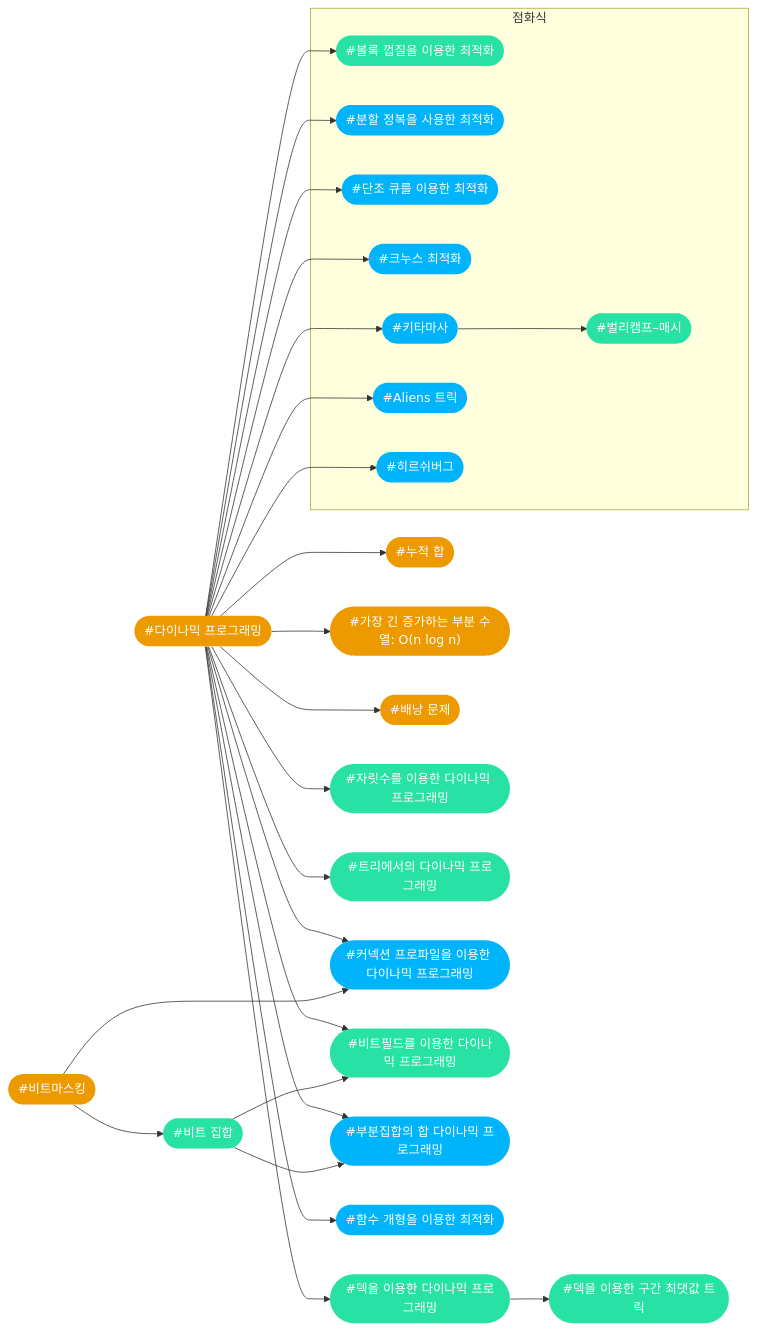
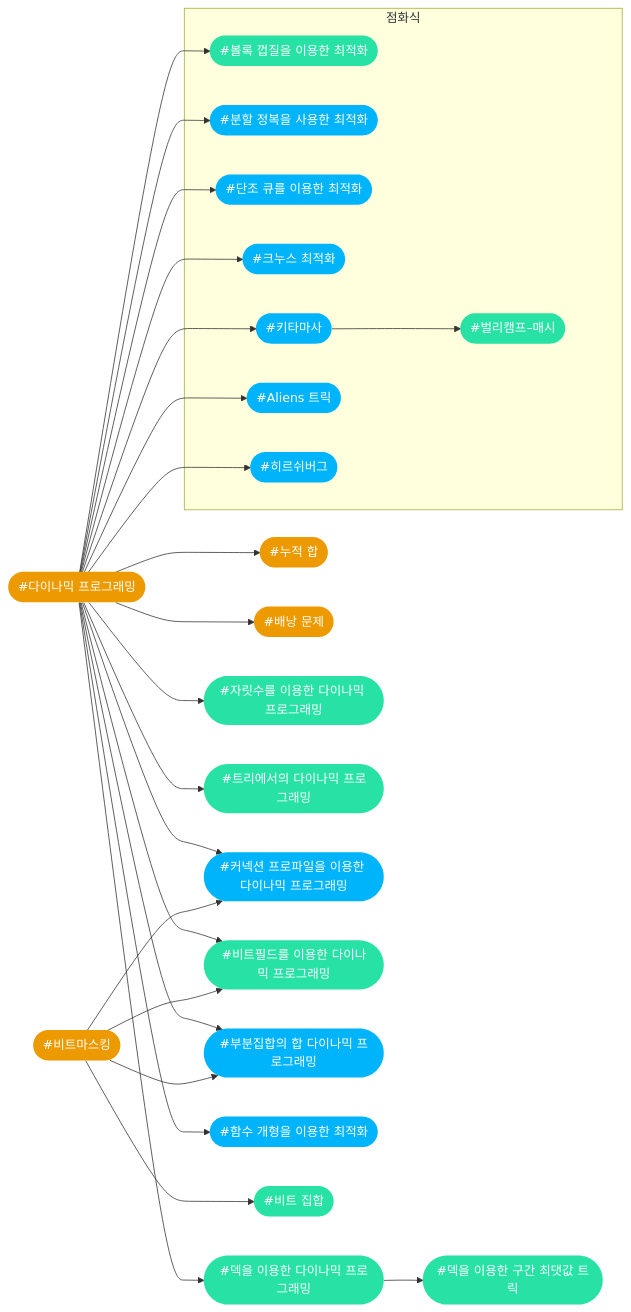
Diagram 12 of 17 in index.md (CHOYUNSIG/algorithm_with_boj), drawn with Mermaid before and after one commit. The commit also changed other lines of this file, not shown here.

```diff
--- a/index.md
+++ b/index.md
@@ -631,68 +631,66 @@
 <pre class="mermaid">
     graph LR
 
     #dp --> #prefix_sum
-    #dp --> #lis
     #dp --> #knapsack
     #dp --> #dp_deque
     #dp --> #dp_digit
     #dp --> #dp_tree
     #dp --> #dp_connection_profile
     #dp --> #dp_bitfield
     #dp --> #dp_sum_over_subsets
     #dp --> #slope_trick
     #dp --> #cht
     #dp --> #divide_and_conquer_optimization
     #dp --> #monotone_queue_optimization
     #dp --> #knuth
     #dp --> #kitamasa
     #dp --> #alien
     #dp --> #hirschberg
     #kitamasa --> #berlekamp_massey
     #dp_deque --> #deque_trick
     #bitmask --> #bitset
     #bitmask --> #dp_connection_profile
-    #bitset --> #dp_bitfield
-    #bitset --> #dp_sum_over_subsets
+    #bitmask --> #dp_bitfield
+    #bitmask --> #dp_sum_over_subsets
 
     subgraph 점화식
         #alien
         #monotone_queue_optimization
         #berlekamp_massey
         #cht
         #divide_and_conquer_optimization
         #knuth
         #kitamasa
         #hirschberg
     end
 
     #alien(["#Aliens 트릭"]):::tier4
-    #lis(["#가장 긴 증가하는 부분 수열: O(n log n)"]):::tier2
     #prefix_sum(["#누적 합"]):::tier2
     #dp(["#다이나믹 프로그래밍"]):::tier2
     #monotone_queue_optimization(["#단조 큐를 이용한 최적화"]):::tier4
     #deque_trick(["#덱을 이용한 구간 최댓값 트릭"]):::tier3
     #dp_deque(["#덱을 이용한 다이나믹 프로그래밍"]):::tier3
     #knapsack(["#배낭 문제"]):::tier2
     #berlekamp_massey(["#벌리캠프–매시"]):::tier3
     #cht(["#볼록 껍질을 이용한 최적화"]):::tier3
     #dp_sum_over_subsets(["#부분집합의 합 다이나믹 프로그래밍"]):::tier4
     #divide_and_conquer_optimization(["#분할 정복을 사용한 최적화"]):::tier4
     #bitset(["#비트 집합"]):::tier3
     #bitmask(["#비트마스킹"]):::tier2
     #dp_bitfield(["#비트필드를 이용한 다이나믹 프로그래밍"]):::tier3
     #dp_digit(["#자릿수를 이용한 다이나믹 프로그래밍"]):::tier3
     #dp_connection_profile(["#커넥션 프로파일을 이용한 다이나믹 프로그래밍"]):::tier4
     #knuth(["#크누스 최적화"]):::tier4
     #kitamasa(["#키타마사"]):::tier4
     #dp_tree(["#트리에서의 다이나믹 프로그래밍"]):::tier3
     #slope_trick(["#함수 개형을 이용한 최적화"]):::tier4
     #hirschberg(["#히르쉬버그"]):::tier4
 
     classDef tier0 fill:#ad5600, color:#fff, stroke:#0000
     classDef tier1 fill:#435f7a, color:#fff, stroke:#0000
     classDef tier2 fill:#ec9a00, color:#fff, stroke:#0000
     classDef tier3 fill:#27e2a4, color:#fff, stroke:#0000
     classDef tier4 fill:#00b4fc, color:#fff, stroke:#0000
     classDef tier5 fill:#ff0062, color:#fff, stroke:#0000
 </pre>
```
